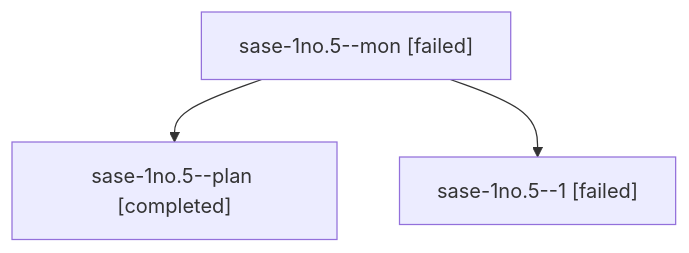
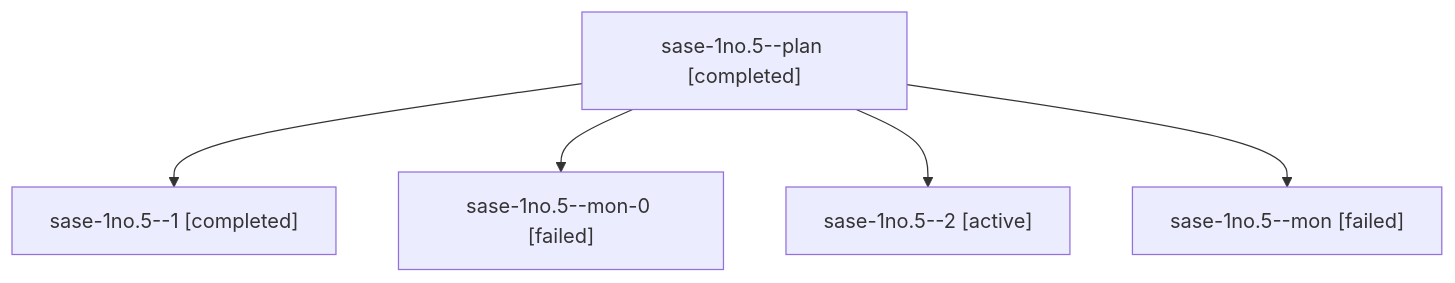
One commit to sase-org/sase--agents changed the diagram in sessions/bbugyi200.athena.sase-1no.5.md. Above: the diagram before and after it, drawn with Mermaid. The commit also changed other lines of this file and 65 other files, not shown here.

````diff
--- a/sessions/bbugyi200.athena.sase-1no.5.md
+++ b/sessions/bbugyi200.athena.sase-1no.5.md
@@ -9,8 +9,12 @@
 ```mermaid
 flowchart TD
-  n0["sase-1no.5--mon [failed]"]
-  n1["sase-1no.5--plan [completed]"]
+  n0["sase-1no.5--plan [completed]"]
+  n1["sase-1no.5--1 [completed]"]
   n0 --> n1
-  n2["sase-1no.5--1 [failed]"]
+  n2["sase-1no.5--mon-0 [failed]"]
   n0 --> n2
+  n3["sase-1no.5--2 [active]"]
+  n0 --> n3
+  n4["sase-1no.5--mon [failed]"]
+  n0 --> n4
 ```
````
